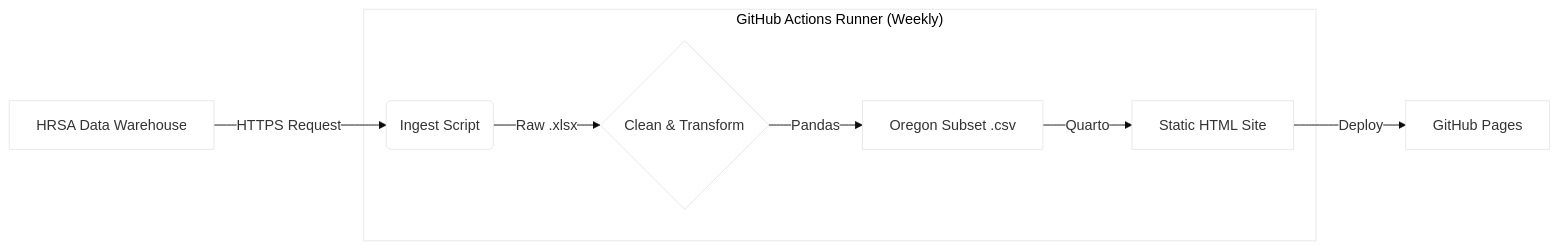
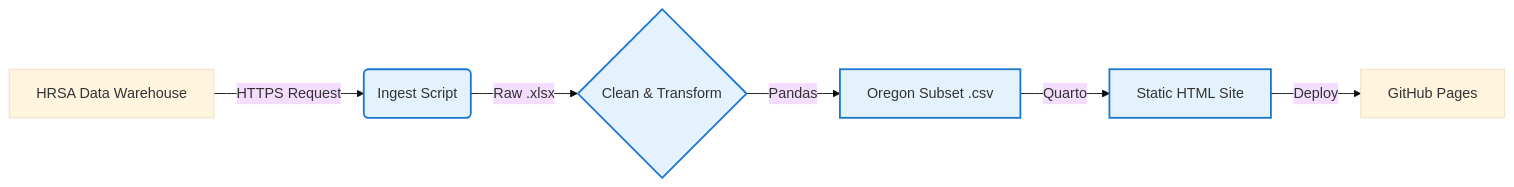
Before and after one commit to pitzer-e/pitzer-e.github.io: the diagram in projects/oregon-fqhc/about.qmd, drawn with Mermaid. The commit also changed 2 other files, not shown here.

Commit message:
diplomacy with mermaids

````diff
--- a/projects/oregon-fqhc/about.qmd
+++ b/projects/oregon-fqhc/about.qmd
@@ -21,17 +21,18 @@
 ```{mermaid}
 %%| fig-cap: "Automated Data Pipeline Architecture"
-%%{init: {'theme': 'base', 'themeVariables': { 'primaryColor': '#ffffff', 'clusterBkg': '#ffffff', 'mainBkg': '#ffffff'}}}%%
+%%{init: {'theme': 'base'}}%%
 flowchart LR
     A[HRSA Data Warehouse] -->|HTTPS Request| B(Ingest Script)
     B -->|Raw .xlsx| C{Clean & Transform}
     C -->|Pandas| D[Oregon Subset .csv]
     D -->|Quarto| E[Static HTML Site]
     E -->|Deploy| F[GitHub Pages]
     
-    subgraph "GitHub Actions Runner (Weekly)"
-    B
-    C
-    D
-    E
-    end
+    style B fill:#e3f2fd
+    style C fill:#e3f2fd
+    style D fill:#e3f2fd
+    style E fill:#e3f2fd
+    
+    classDef runner fill:#e3f2fd,stroke:#1976d2,stroke-width:2px
+    class B,C,D,E runner
 ```
````
